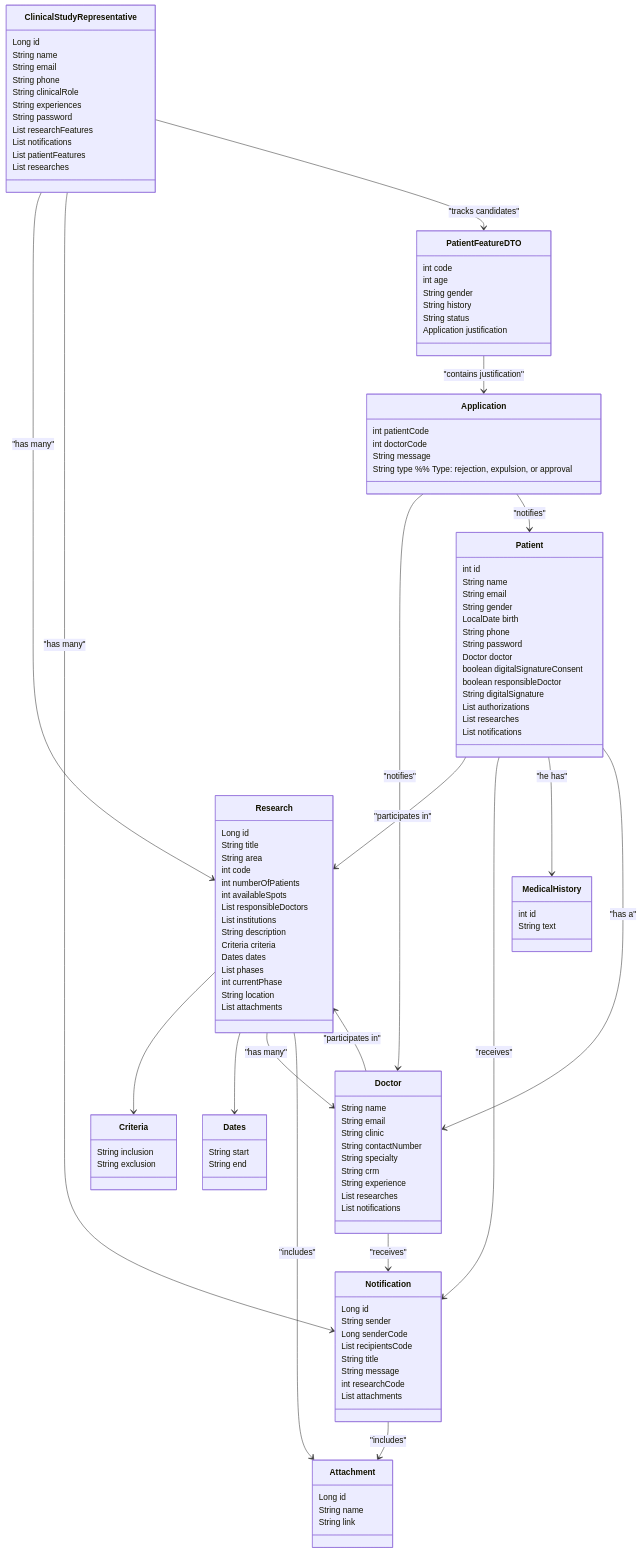
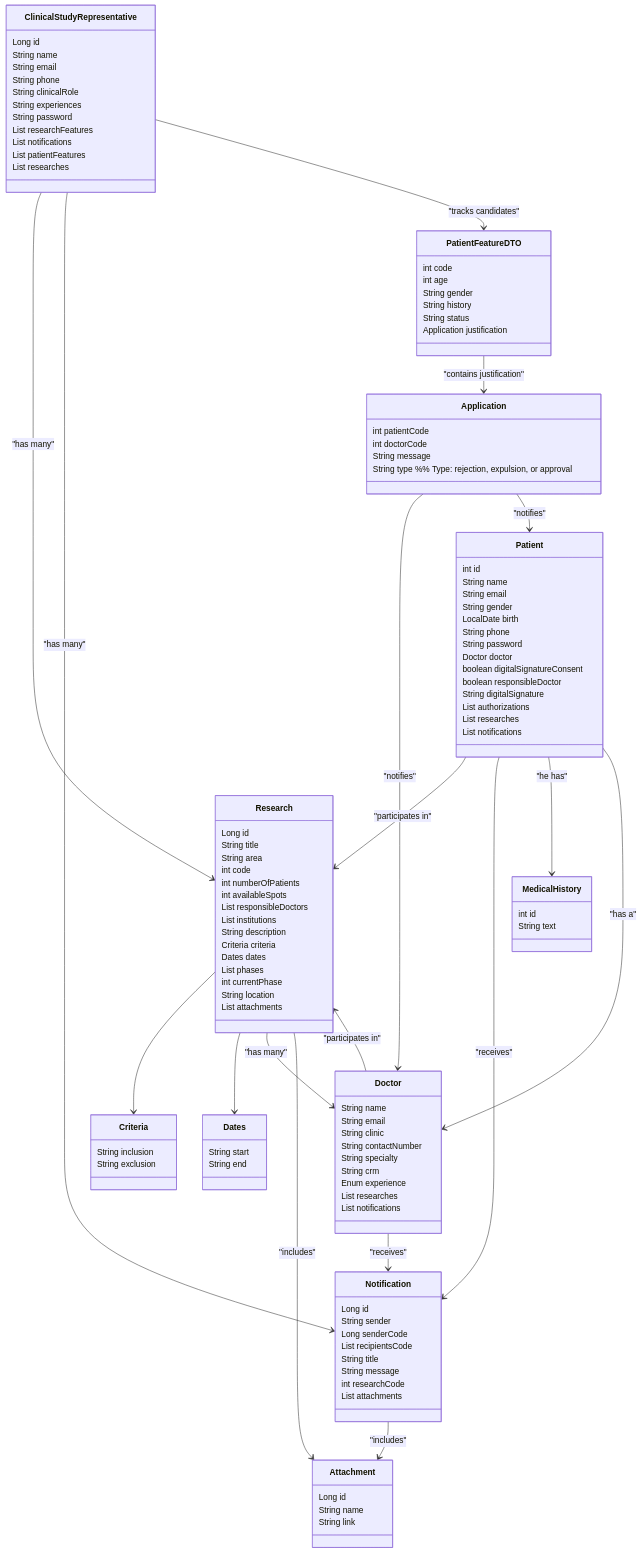
One commit to andrefilipe1310/inovamed- changed the third of 15 diagrams in README.md. Above: the diagram before and after it, drawn with Mermaid.

```diff
--- a/README.md
+++ b/README.md
@@ -152,7 +152,7 @@
         String contactNumber
         String specialty
         String crm
-        String experience
+        Enum experience
         List<Research> researches
         List<Notification> notifications
     }
```
